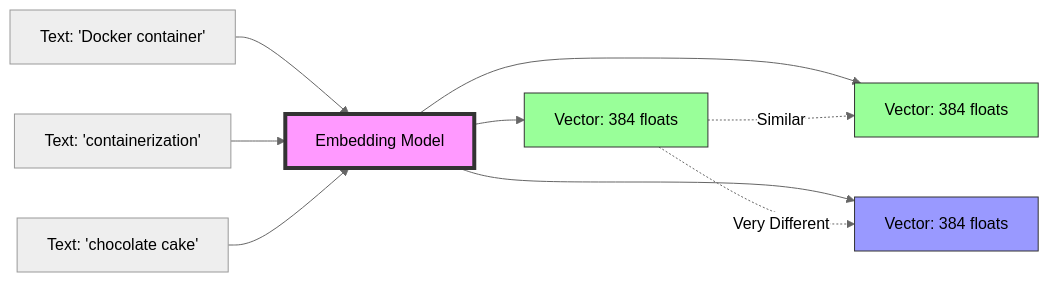
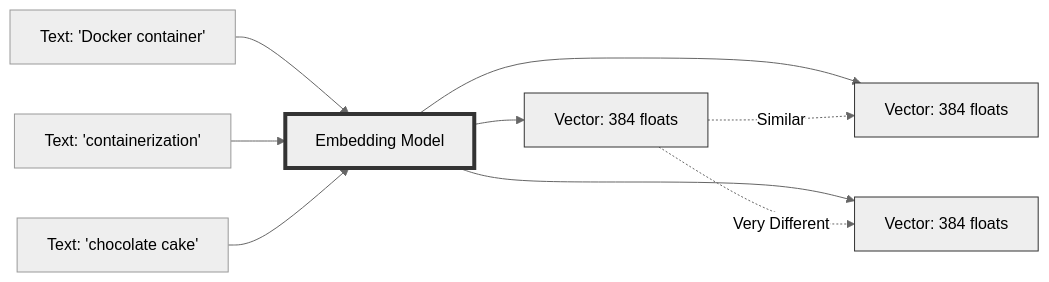
The second of 6 diagrams in Mostlylucid/Markdown/building-a-lawyer-gpt-for-your-blog-part3.md (Shaddix/mostlylucidweb), drawn with Mermaid (neutral theme) before and after one commit. The commit also changed other lines of this file and 7 other files, not shown here.

First line of the commit message:
Update Mermaid diagrams in Lawyer GPT series for dark mode compatibility

````diff
--- a/Mostlylucid/Markdown/building-a-lawyer-gpt-for-your-blog-part3.md
+++ b/Mostlylucid/Markdown/building-a-lawyer-gpt-for-your-blog-part3.md
@@ -61,20 +62,23 @@
 ```mermaid
 graph LR
     A[Text: 'Docker container'] --> B[Embedding Model]
     B --> C[Vector: 384 floats]
 
     D[Text: 'containerization'] --> B
     B --> E[Vector: 384 floats]
 
     C -.Similar.-> E
 
     F[Text: 'chocolate cake'] --> B
     B --> G[Vector: 384 floats]
 
     C -.Very Different.-> G
 
-    style B fill:#f9f,stroke:#333,stroke-width:4px
-    style C fill:#9f9,stroke:#333
-    style E fill:#9f9,stroke:#333
-    style G fill:#99f,stroke:#333
+    class B model
+    class C,E similar
+    class G different
+
+    classDef model stroke:#333,stroke-width:4px
+    classDef similar stroke:#333
+    classDef different stroke:#333
 ```
````
